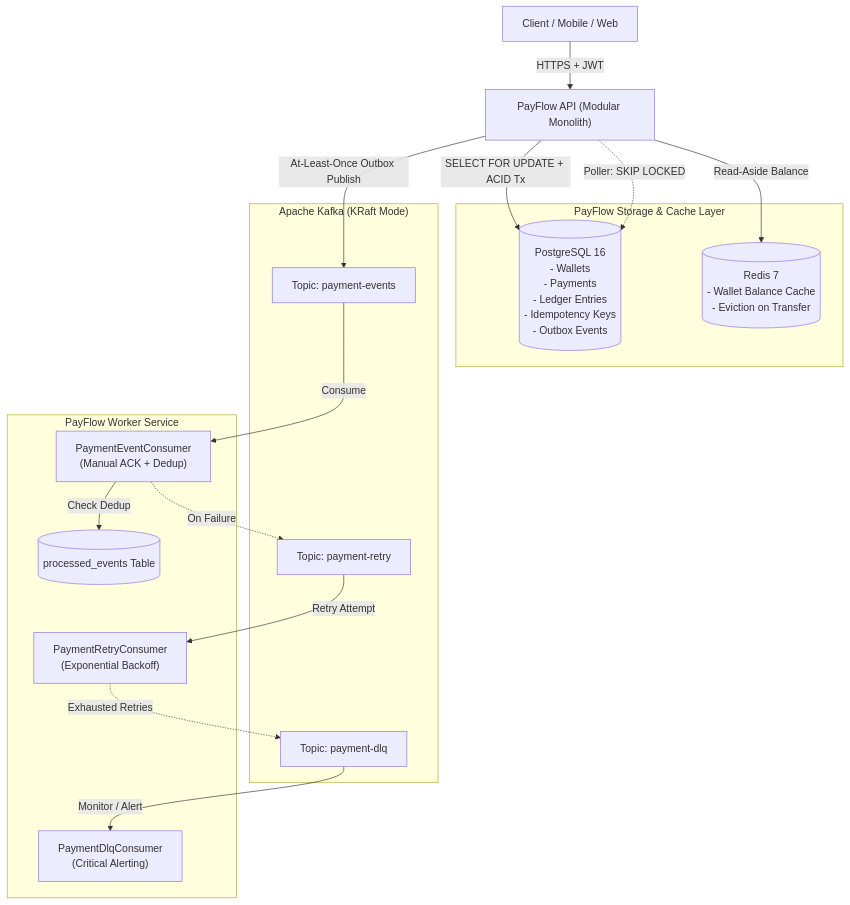
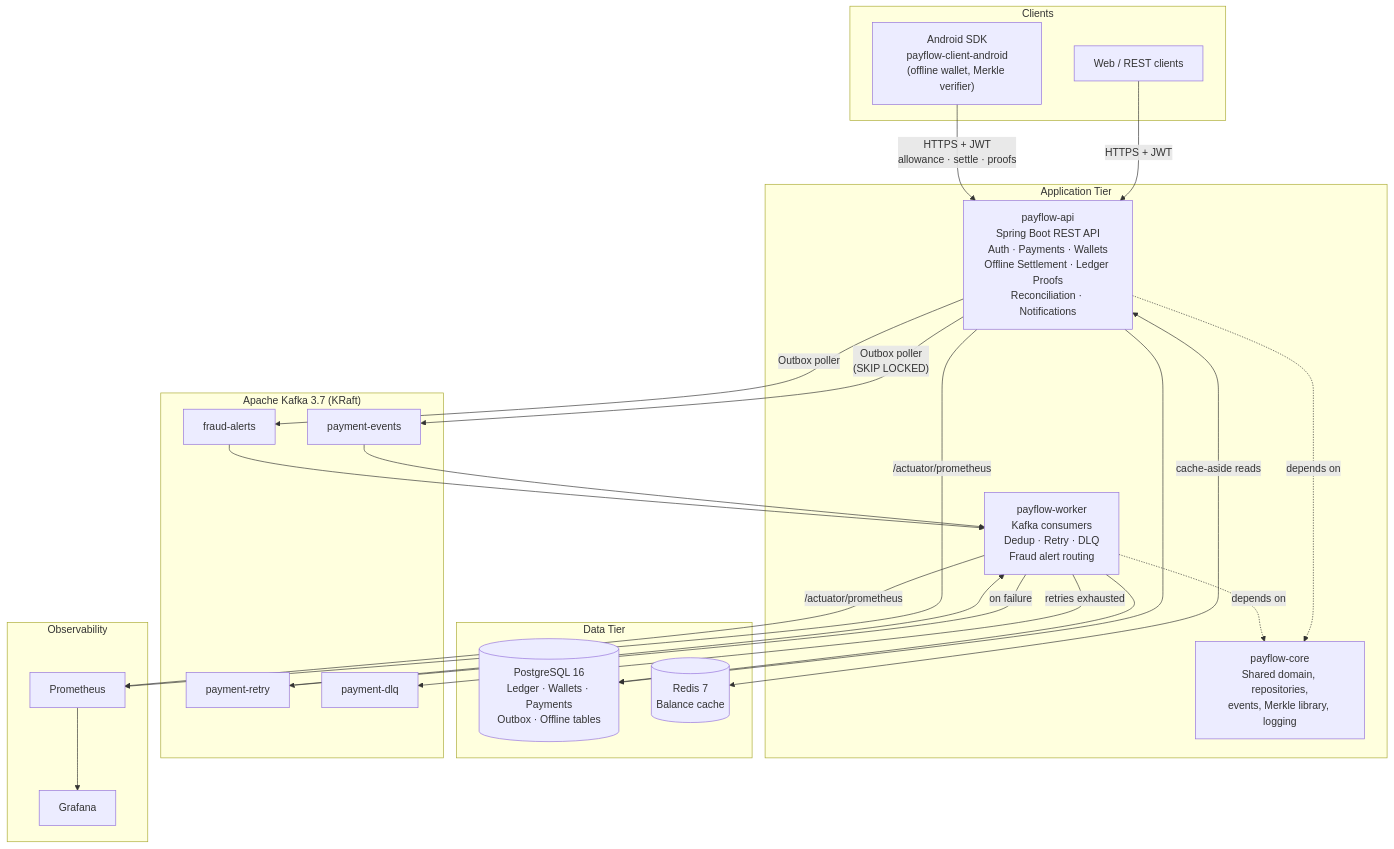
One commit to tanusingh04/Monetra changed the first of 8 diagrams in README.md. Above: the diagram before and after it, drawn with Mermaid. The commit also changed other lines of this file, not shown here.

````diff
--- a/README.md
+++ b/README.md
@@ -26,35 +84,48 @@
 ```mermaid
-flowchart TD
-    Client["Client / Mobile / Web"] -->|HTTPS + JWT| API["PayFlow API (Modular Monolith)"]
-    
-    subgraph Core ["PayFlow Storage & Cache Layer"]
-        Postgres[("PostgreSQL 16\n- Wallets\n- Payments\n- Ledger Entries\n- Idempotency Keys\n- Outbox Events")]
-        Redis[("Redis 7\n- Wallet Balance Cache\n- Eviction on Transfer")]
+flowchart TB
+    subgraph Clients["Clients"]
+        Web["Web / REST clients"]
+        Android["Android SDK<br/>payflow-client-android<br/>(offline wallet, Merkle verifier)"]
     end
-    
-    API -->|Read-Aside Balance| Redis
-    API -->|SELECT FOR UPDATE + ACID Tx| Postgres
-    
-    subgraph Messaging ["Apache Kafka (KRaft Mode)"]
-        TopicEvents["Topic: payment-events"]
-        TopicRetry["Topic: payment-retry"]
-        TopicDLQ["Topic: payment-dlq"]
+
+    subgraph App["Application Tier"]
+        API["payflow-api<br/>Spring Boot REST API<br/>Auth · Payments · Wallets<br/>Offline Settlement · Ledger Proofs<br/>Reconciliation · Notifications"]
+        Worker["payflow-worker<br/>Kafka consumers<br/>Dedup · Retry · DLQ<br/>Fraud alert routing"]
+        Core["payflow-core<br/>Shared domain, repositories,<br/>events, Merkle library, logging"]
     end
-    
-    API -.->|Poller: SKIP LOCKED| Postgres
-    API -->|At-Least-Once Outbox Publish| TopicEvents
-    
-    subgraph Worker ["PayFlow Worker Service"]
-        Consumer["PaymentEventConsumer\n(Manual ACK + Dedup)"]
-        RetryConsumer["PaymentRetryConsumer\n(Exponential Backoff)"]
-        DlqConsumer["PaymentDlqConsumer\n(Critical Alerting)"]
-        DedupTable[("processed_events Table")]
+
+    subgraph Data["Data Tier"]
+        PG[("PostgreSQL 16<br/>Ledger · Wallets · Payments<br/>Outbox · Offline tables")]
+        Redis[("Redis 7<br/>Balance cache")]
     end
-    
-    TopicEvents -->|Consume| Consumer
-    Consumer -->|Check Dedup| DedupTable
-    Consumer -.->|On Failure| TopicRetry
-    TopicRetry -->|Retry Attempt| RetryConsumer
-    RetryConsumer -.->|Exhausted Retries| TopicDLQ
-    TopicDLQ -->|Monitor / Alert| DlqConsumer
+
+    subgraph Bus["Apache Kafka 3.7 (KRaft)"]
+        T1["payment-events"]
+        T2["payment-retry"]
+        T3["payment-dlq"]
+        T4["fraud-alerts"]
+    end
+
+    subgraph Obs["Observability"]
+        Prom["Prometheus"]
+        Graf["Grafana"]
+    end
+
+    Web -->|"HTTPS + JWT"| API
+    Android -->|"HTTPS + JWT<br/>allowance · settle · proofs"| API
+    API --> PG
+    API <-->|"cache-aside reads"| Redis
+    API -->|"Outbox poller<br/>(SKIP LOCKED)"| T1
+    API -->|"Outbox poller"| T4
+    T1 --> Worker
+    T2 --> Worker
+    T4 --> Worker
+    Worker -->|"on failure"| T2
+    Worker -->|"retries exhausted"| T3
+    Worker --> PG
+    API -. depends on .-> Core
+    Worker -. depends on .-> Core
+    API -->|"/actuator/prometheus"| Prom
+    Worker -->|"/actuator/prometheus"| Prom
+    Prom --> Graf
 ```
````
